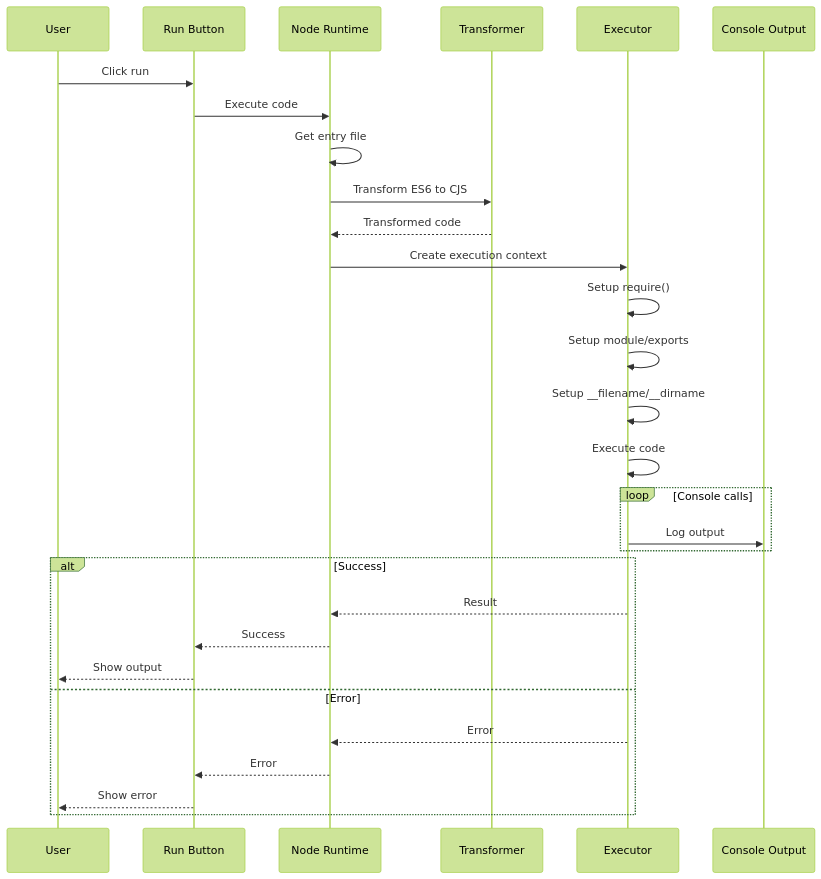
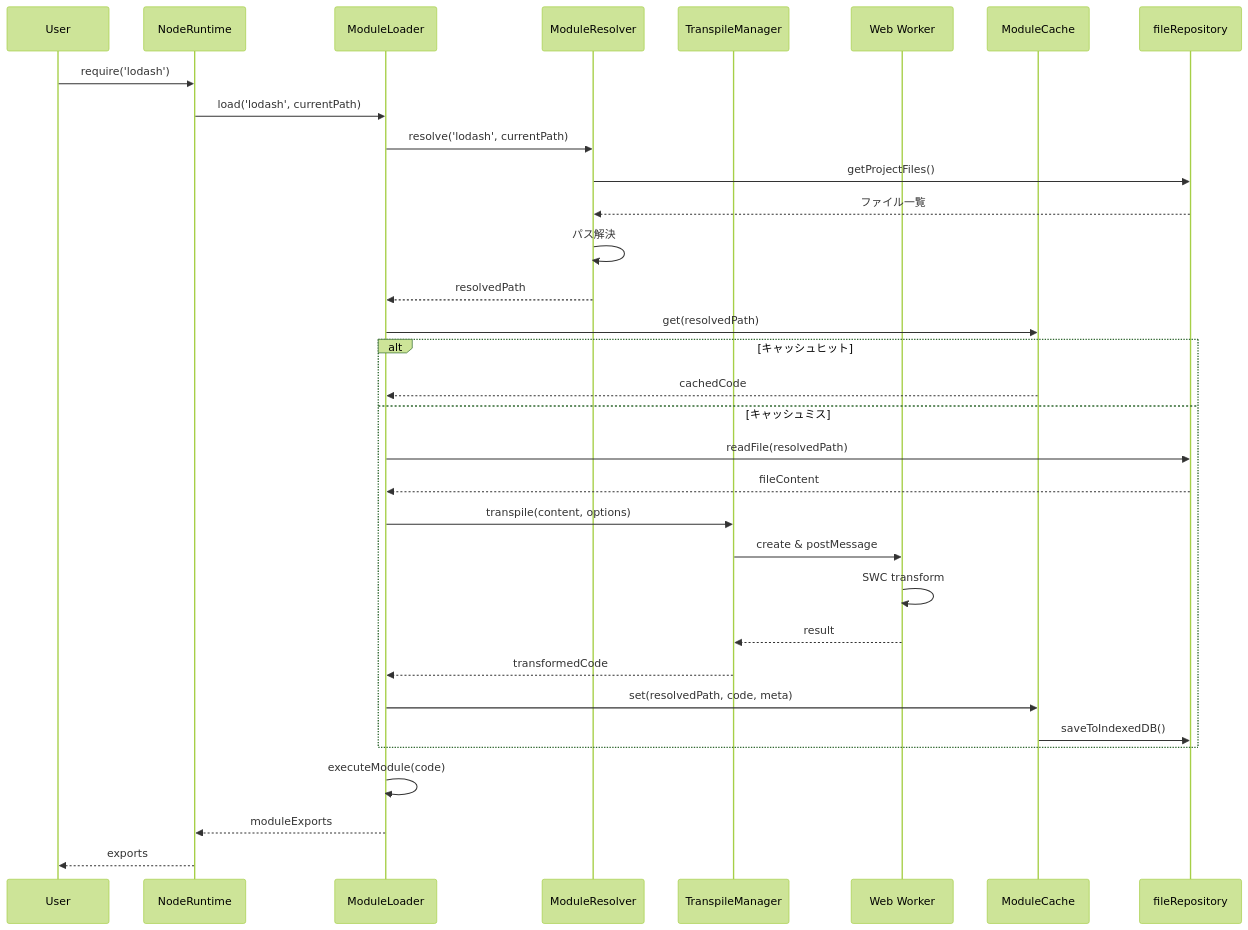
One commit to Stasshe/Pyxis-CodeCanvas changed the seventh of 12 diagrams in docs/NODE-RUNTIME.md. Above: the diagram before and after it, drawn with Mermaid (forest theme). The commit also changed other lines of this file and 4 other files, not shown here.

````diff
--- a/docs/NODE-RUNTIME.md
+++ b/docs/NODE-RUNTIME.md
@@ -459,36 +342,42 @@
 ```mermaid
 sequenceDiagram
-    participant USER as User
-    participant UI as Run Button
-    participant RUNTIME as Node Runtime
-    participant TRANS as Transformer
-    participant EXEC as Executor
-    participant CONSOLE as Console Output
-
-    USER->>UI: Click run
-    UI->>RUNTIME: Execute code
-    RUNTIME->>RUNTIME: Get entry file
-    RUNTIME->>TRANS: Transform ES6 to CJS
-    TRANS-->>RUNTIME: Transformed code
+    participant User
+    participant Runtime as NodeRuntime
+    participant Loader as ModuleLoader
+    participant Resolver as ModuleResolver
+    participant Manager as TranspileManager
+    participant Worker as Web Worker
+    participant Cache as ModuleCache
+    participant FileRepo as fileRepository
     
-    RUNTIME->>EXEC: Create execution context
-    EXEC->>EXEC: Setup require()
-    EXEC->>EXEC: Setup module/exports
-    EXEC->>EXEC: Setup __filename/__dirname
+    User->>Runtime: require('lodash')
+    Runtime->>Loader: load('lodash', currentPath)
     
-    EXEC->>EXEC: Execute code
+    Loader->>Resolver: resolve('lodash', currentPath)
+    Resolver->>FileRepo: getProjectFiles()
+    FileRepo-->>Resolver: ファイル一覧
+    Resolver->>Resolver: パス解決
+    Resolver-->>Loader: resolvedPath
     
-    loop Console calls
-        EXEC->>CONSOLE: Log output
+    Loader->>Cache: get(resolvedPath)
+    
+    alt キャッシュヒット
+        Cache-->>Loader: cachedCode
+    else キャッシュミス
+        Loader->>FileRepo: readFile(resolvedPath)
+        FileRepo-->>Loader: fileContent
+        
+        Loader->>Manager: transpile(content, options)
+        Manager->>Worker: create & postMessage
+        Worker->>Worker: SWC transform
+        Worker-->>Manager: result
+        Manager-->>Loader: transformedCode
+        
+        Loader->>Cache: set(resolvedPath, code, meta)
+        Cache->>FileRepo: saveToIndexedDB()
     end
     
-    alt Success
-        EXEC-->>RUNTIME: Result
-        RUNTIME-->>UI: Success
-        UI-->>USER: Show output
-    else Error
-        EXEC-->>RUNTIME: Error
-        RUNTIME-->>UI: Error
-        UI-->>USER: Show error
-    end
+    Loader->>Loader: executeModule(code)
+    Loader-->>Runtime: moduleExports
+    Runtime-->>User: exports
 ```
````
